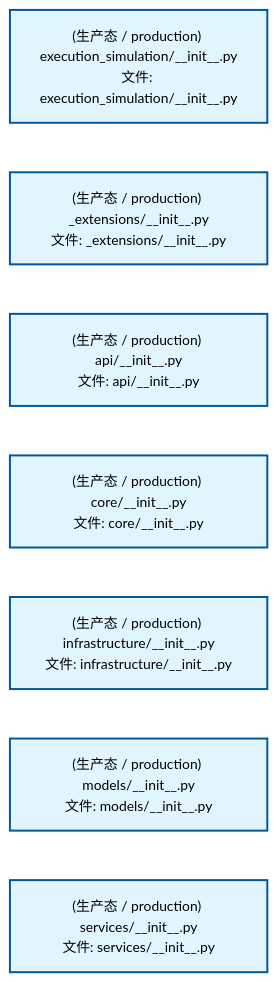
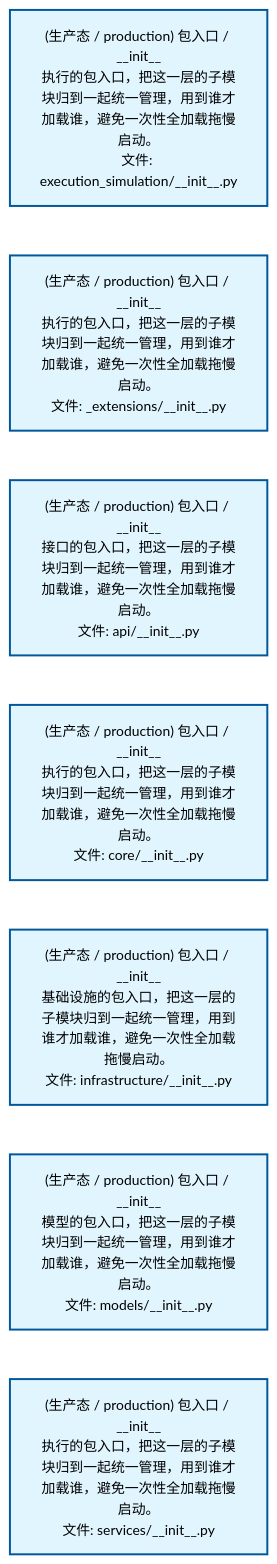
The first of 2 diagrams in docs/02_enterprise_architecture/02_domain_architecture_docs/43_d_exec_sim.md (xuanFelixVan/ZephyrAlpha), drawn with Mermaid before and after one commit. The commit also changed other lines of this file and 60 other files, not shown here.

````diff
--- a/docs/02_enterprise_architecture/02_domain_architecture_docs/43_d_exec_sim.md
+++ b/docs/02_enterprise_architecture/02_domain_architecture_docs/43_d_exec_sim.md
@@ -53,22 +53,22 @@
 ```mermaid
 %%{init: {'theme': 'base', 'themeVariables': {'primaryColor': '#eaeaea', 'primaryTextColor': '#333333', 'primaryBorderColor': '#666666', 'lineColor': '#666666', 'secondaryColor': '#eaeaea', 'tertiaryColor': '#eaeaea', 'fontSize': '14px'}}}%%
 flowchart TD
-    src_zephyr_execution_simulation_init_py["(生产态 / production) execution_simulation/__init__.py<br/>文件: execution_simulation/__init__.py"]
-    src_zephyr_execution_simulation_extensions_init_py["(生产态 / production) _extensions/__init__.py<br/>文件: _extensions/__init__.py"]
-    src_zephyr_execution_simulation_api_init_py["(生产态 / production) api/__init__.py<br/>文件: api/__init__.py"]
-    src_zephyr_execution_simulation_core_init_py["(生产态 / production) core/__init__.py<br/>文件: core/__init__.py"]
-    src_zephyr_execution_simulation_infrastructure_init_py["(生产态 / production) infrastructure/__init__.py<br/>文件: infrastructure/__init__.py"]
-    src_zephyr_execution_simulation_models_init_py["(生产态 / production) models/__init__.py<br/>文件: models/__init__.py"]
-    src_zephyr_execution_simulation_services_init_py["(生产态 / production) services/__init__.py<br/>文件: services/__init__.py"]
+    src_zephyr_execution_simulation_init_py["(生产态 / production) 包入口 / __init__<br/>执行的包入口，把这一层的子模块归到一起统一管理，用到谁才加载谁，避免一次性全加载拖慢启动。<br/>文件: execution_simulation/__init__.py"]
+    src_zephyr_execution_simulation_extensions_init_py["(生产态 / production) 包入口 / __init__<br/>执行的包入口，把这一层的子模块归到一起统一管理，用到谁才加载谁，避免一次性全加载拖慢启动。<br/>文件: _extensions/__init__.py"]
+    src_zephyr_execution_simulation_api_init_py["(生产态 / production) 包入口 / __init__<br/>接口的包入口，把这一层的子模块归到一起统一管理，用到谁才加载谁，避免一次性全加载拖慢启动。<br/>文件: api/__init__.py"]
+    src_zephyr_execution_simulation_core_init_py["(生产态 / production) 包入口 / __init__<br/>执行的包入口，把这一层的子模块归到一起统一管理，用到谁才加载谁，避免一次性全加载拖慢启动。<br/>文件: core/__init__.py"]
+    src_zephyr_execution_simulation_infrastructure_init_py["(生产态 / production) 包入口 / __init__<br/>基础设施的包入口，把这一层的子模块归到一起统一管理，用到谁才加载谁，避免一次性全加载拖慢启动。<br/>文件: infrastructure/__init__.py"]
+    src_zephyr_execution_simulation_models_init_py["(生产态 / production) 包入口 / __init__<br/>模型的包入口，把这一层的子模块归到一起统一管理，用到谁才加载谁，避免一次性全加载拖慢启动。<br/>文件: models/__init__.py"]
+    src_zephyr_execution_simulation_services_init_py["(生产态 / production) 包入口 / __init__<br/>执行的包入口，把这一层的子模块归到一起统一管理，用到谁才加载谁，避免一次性全加载拖慢启动。<br/>文件: services/__init__.py"]
     src_zephyr_execution_simulation_init_py ~~~ src_zephyr_execution_simulation_extensions_init_py
     src_zephyr_execution_simulation_extensions_init_py ~~~ src_zephyr_execution_simulation_api_init_py
     src_zephyr_execution_simulation_api_init_py ~~~ src_zephyr_execution_simulation_core_init_py
     src_zephyr_execution_simulation_core_init_py ~~~ src_zephyr_execution_simulation_infrastructure_init_py
     src_zephyr_execution_simulation_infrastructure_init_py ~~~ src_zephyr_execution_simulation_models_init_py
     src_zephyr_execution_simulation_models_init_py ~~~ src_zephyr_execution_simulation_services_init_py
     classDef production fill:#e1f5fe,stroke:#01579b,stroke-width:2px,color:#000
     classDef design fill:#fff3e0,stroke:#e65100,stroke-width:2px,color:#000,stroke-dasharray: 5 5
     classDef external_prod fill:#e8f4fd,stroke:#0277bd,stroke-width:1px,color:#000
     classDef external_design fill:#fff8e7,stroke:#ef6c00,stroke-width:1px,color:#000,stroke-dasharray: 5 5
     class src_zephyr_execution_simulation_init_py,src_zephyr_execution_simulation_extensions_init_py,src_zephyr_execution_simulation_api_init_py,src_zephyr_execution_simulation_core_init_py,src_zephyr_execution_simulation_infrastructure_init_py,src_zephyr_execution_simulation_models_init_py,src_zephyr_execution_simulation_services_init_py production
 ```
````
